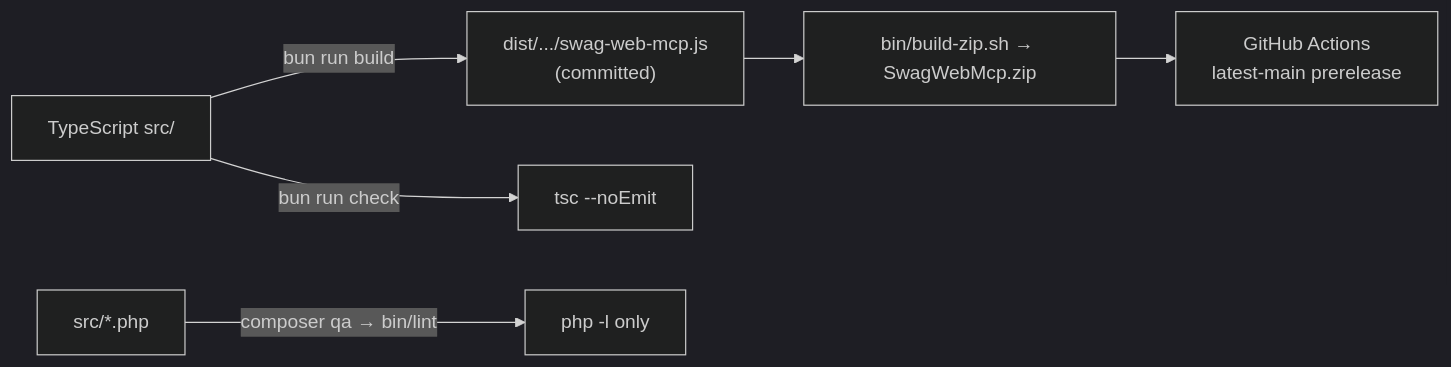
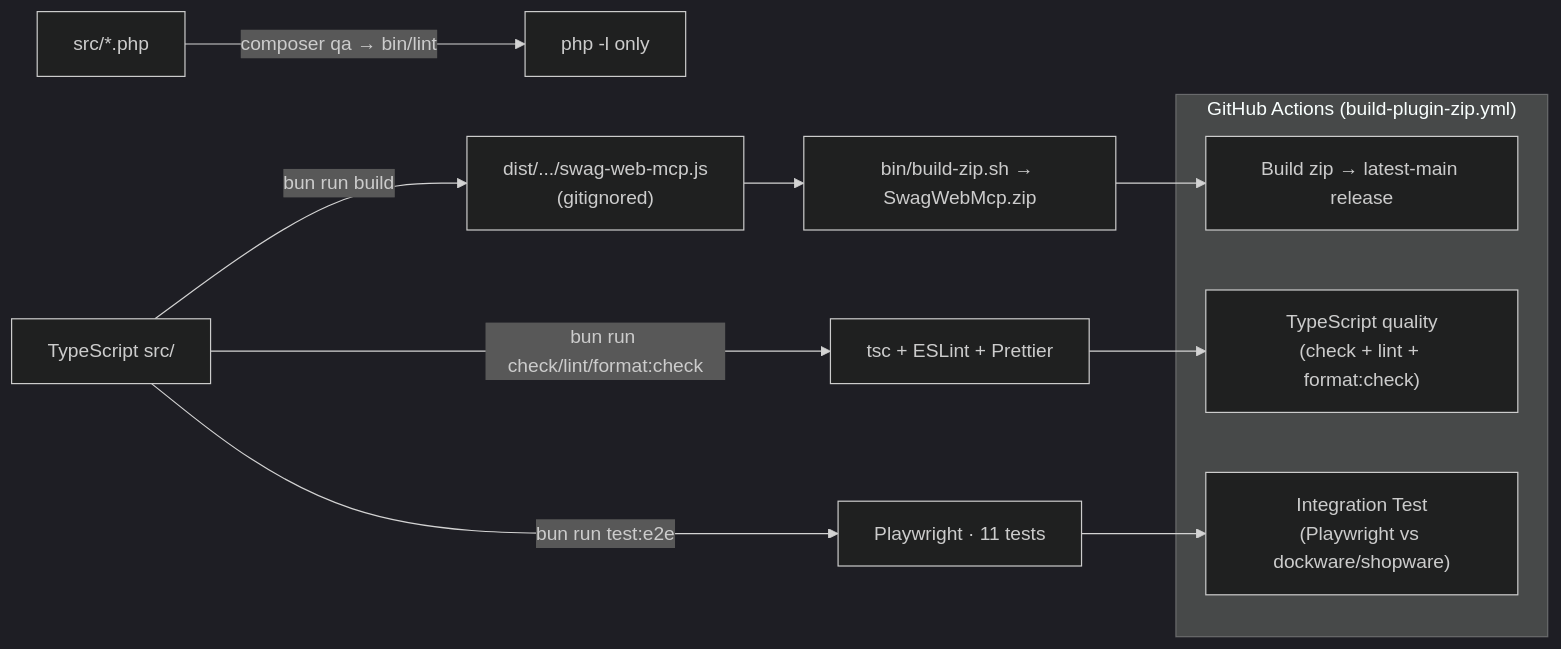
One commit to agentic-commerce-lab/webmcp-plugin changed the fifth of 5 diagrams in docs/adr/2026-07-17-architecture-overview.md. Above: the diagram before and after it, drawn with Mermaid (dark theme). The commit also changed other lines of this file and 2 other files, not shown here.

First line of the commit message:
Sync docs to current architecture and dev-shop test workflow

````diff
--- a/docs/adr/2026-07-17-architecture-overview.md
+++ b/docs/adr/2026-07-17-architecture-overview.md
@@ -230,8 +261,16 @@
 ```mermaid
 graph LR
-    Src["TypeScript src/"] -->|bun run build| Dist["dist/.../swag-web-mcp.js<br/>(committed)"]
+    Src["TypeScript src/"] -->|bun run build| Dist["dist/.../swag-web-mcp.js<br/>(gitignored)"]
     Dist --> Zip["bin/build-zip.sh → SwagWebMcp.zip"]
-    Src -->|bun run check| TSCheck["tsc --noEmit"]
+    Src -->|bun run check/lint/format:check| TSQA["tsc + ESLint + Prettier"]
+    Src -->|bun run test:e2e| E2E["Playwright · 11 tests"]
     PHP["src/*.php"] -->|composer qa → bin/lint| Lint["php -l only"]
-    Zip --> CI["GitHub Actions<br/>latest-main prerelease"]
+    subgraph CI["GitHub Actions (build-plugin-zip.yml)"]
+        J1["Integration Test<br/>(Playwright vs dockware/shopware)"]
+        J2["TypeScript quality<br/>(check + lint + format:check)"]
+        J3["Build zip → latest-main release"]
+    end
+    E2E --> J1
+    TSQA --> J2
+    Zip --> J3
 ```
````
